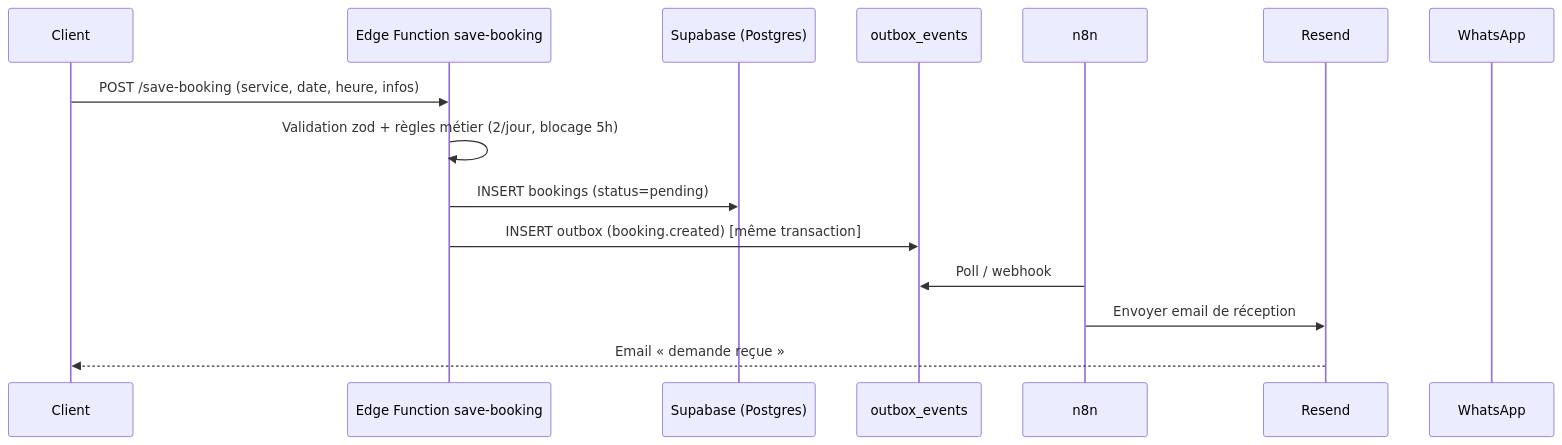
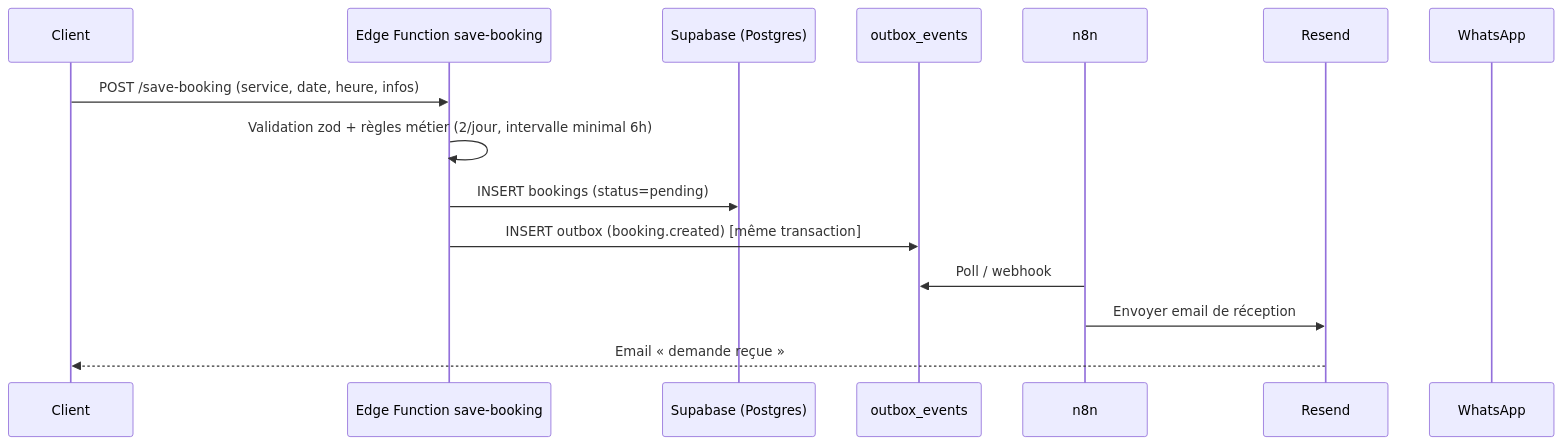
Before and after one commit to HERVE-KOUAM/Angemuu: the second of 3 diagrams in love-love/plans/architecture-systeme-reservation.md, drawn with Mermaid. The commit also changed other lines of this file and 18 other files, not shown here.

````diff
--- a/love-love/plans/architecture-systeme-reservation.md
+++ b/love-love/plans/architecture-systeme-reservation.md
@@ -59,18 +59,18 @@
 ```mermaid
 sequenceDiagram
     participant C as Client
     participant EF as Edge Function save-booking
     participant DB as Supabase (Postgres)
     participant OB as outbox_events
     participant N as n8n
     participant R as Resend
     participant W as WhatsApp
 
     C->>EF: POST /save-booking (service, date, heure, infos)
-    EF->>EF: Validation zod + règles métier (2/jour, blocage 5h)
+    EF->>EF: Validation zod + règles métier (2/jour, intervalle minimal 6h)
     EF->>DB: INSERT bookings (status=pending)
     EF->>OB: INSERT outbox (booking.created) [même transaction]
     N->>OB: Poll / webhook
     N->>R: Envoyer email de réception
     R-->>C: Email « demande reçue »
 ```
````
